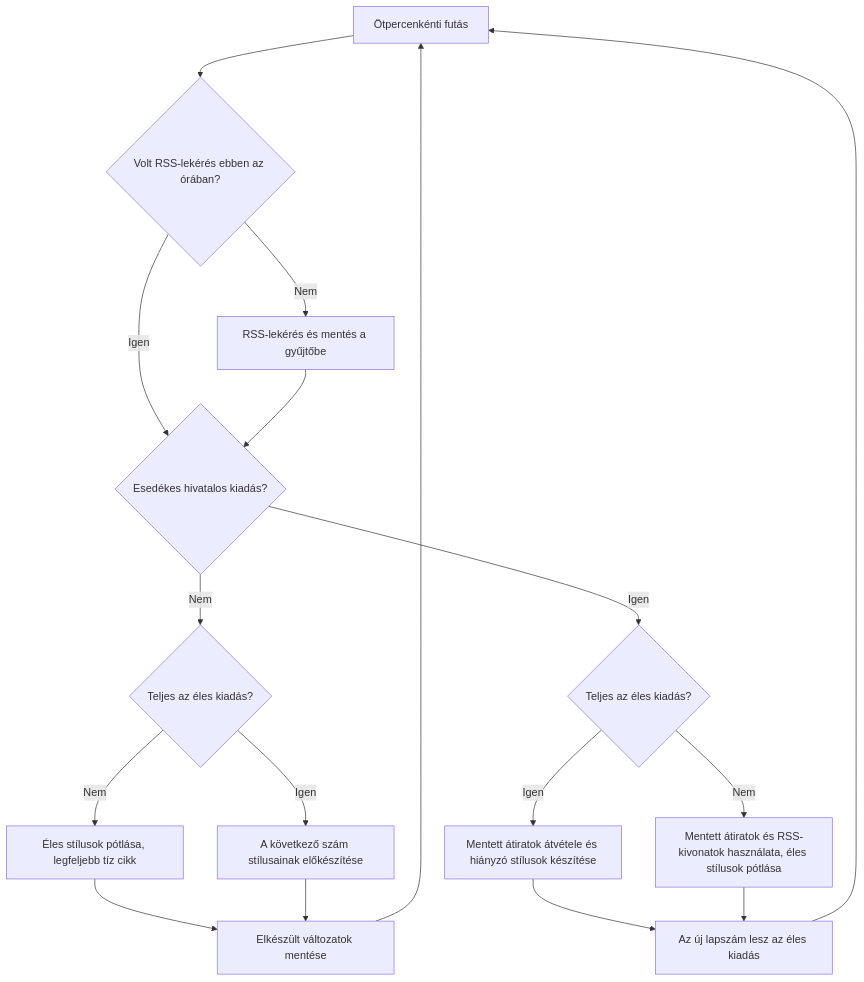
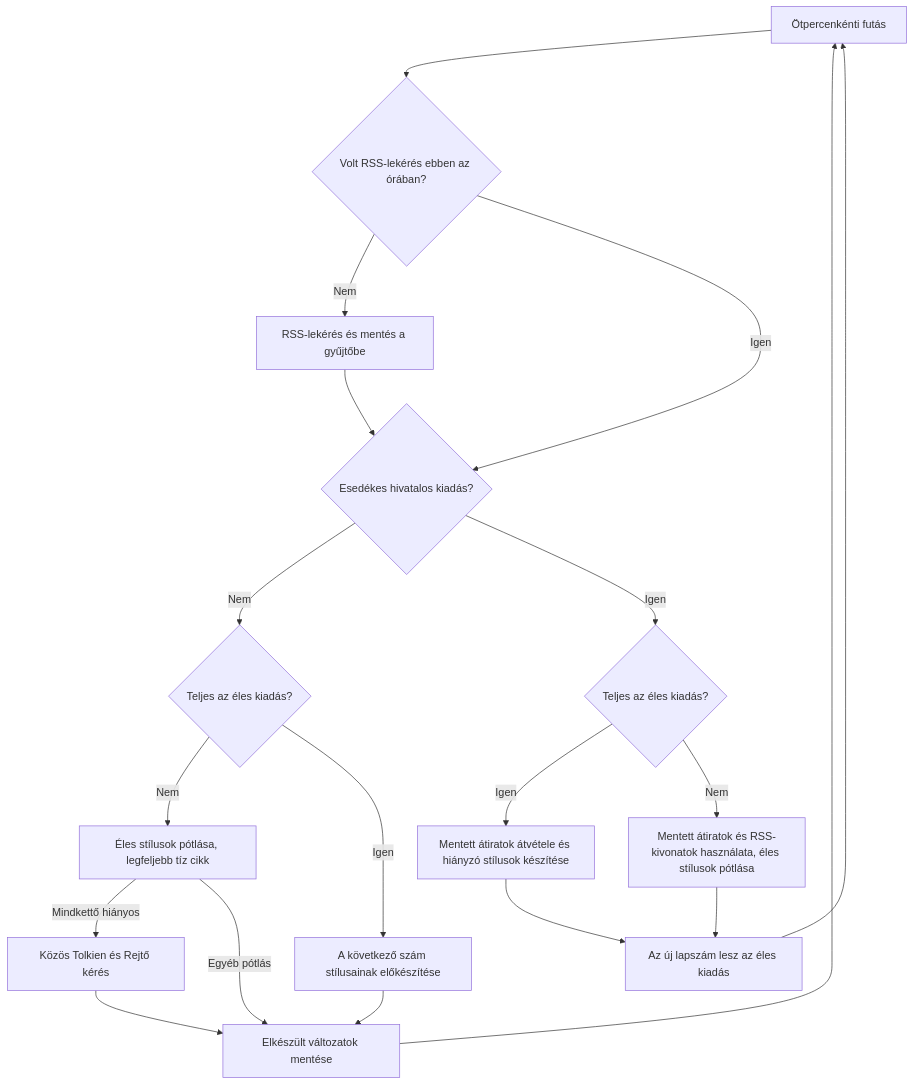
The second of 6 diagrams in Dokumentumok/NANONews-mukodesi-leiras.md (ngynrbrt-prog/nanonews), drawn with Mermaid before and after one commit. The commit also changed other lines of this file, not shown here.

Commit message:
Document combined style backfill and ten-article limit

````diff
--- a/Dokumentumok/NANONews-mukodesi-leiras.md
+++ b/Dokumentumok/NANONews-mukodesi-leiras.md
@@ -135,19 +145,21 @@
 ```mermaid
 flowchart TD
   run["Ötpercenkénti futás"] --> hourly{"Volt RSS-lekérés ebben az órában?"}
   hourly -->|Nem| rss["RSS-lekérés és mentés a gyűjtőbe"]
   hourly -->|Igen| issue
   rss --> issue{"Esedékes hivatalos kiadás?"}
   issue -->|Nem| complete{"Teljes az éles kiadás?"}
   complete -->|Nem| backfill["Éles stílusok pótlása, legfeljebb tíz cikk"]
+  backfill -->|Mindkettő hiányos| combined["Közös Tolkien és Rejtő kérés"]
   complete -->|Igen| prepare["A következő szám stílusainak előkészítése"]
-  backfill --> saved["Elkészült változatok mentése"]
+  backfill -->|Egyéb pótlás| saved["Elkészült változatok mentése"]
+  combined --> saved
   prepare --> saved
   saved --> run
   issue -->|Igen| ready{"Teljes az éles kiadás?"}
   ready -->|Igen| generate["Mentett átiratok átvétele és hiányzó stílusok készítése"]
   ready -->|Nem| existing["Mentett átiratok és RSS-kivonatok használata, éles stílusok pótlása"]
   generate --> publish["Az új lapszám lesz az éles kiadás"]
   existing --> publish
   publish --> run
 ```
````
